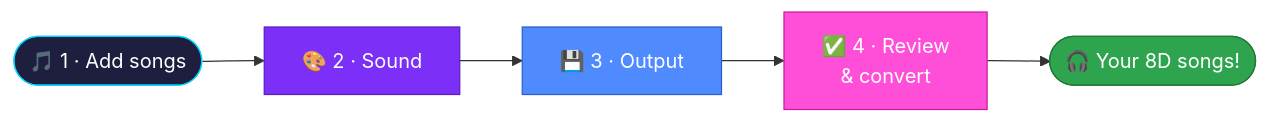
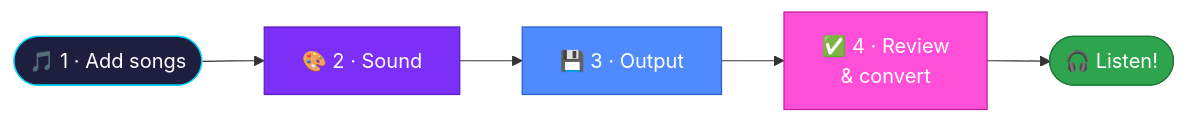
One commit to gcfernando/python_codes changed the second of 3 diagrams in 8D/README.md. Above: the diagram before and after it, drawn with Mermaid. The commit also changed other lines of this file and 36 other files, not shown here.

````diff
--- a/8D/README.md
+++ b/8D/README.md
@@ -521,10 +425,10 @@
 ```mermaid
 flowchart LR
-    A(["🎵 1 · Add songs"]):::a --> B["🎨 2 · Sound"]:::b --> C["💾 3 · Output"]:::c --> D["✅ 4 · Review<br/>& convert"]:::d --> E(["🎧 Your 8D songs!"]):::e
+    A(["🎵 1 · Add songs"]):::a --> B["🎨 2 · Sound"]:::b --> C["💾 3 · Output"]:::c --> D["✅ 4 · Review<br/>& convert"]:::d --> E(["🎧 Listen!"]):::e
 
     classDef a fill:#1e1e3f,stroke:#00d4ff,color:#fff
     classDef b fill:#7b2ff7,stroke:#5a1fc0,color:#fff
     classDef c fill:#4f8bff,stroke:#2a5fd0,color:#fff
     classDef d fill:#ff4fd8,stroke:#c0209f,color:#fff
     classDef e fill:#2ea44f,stroke:#1f7a38,color:#fff
 ```
````
